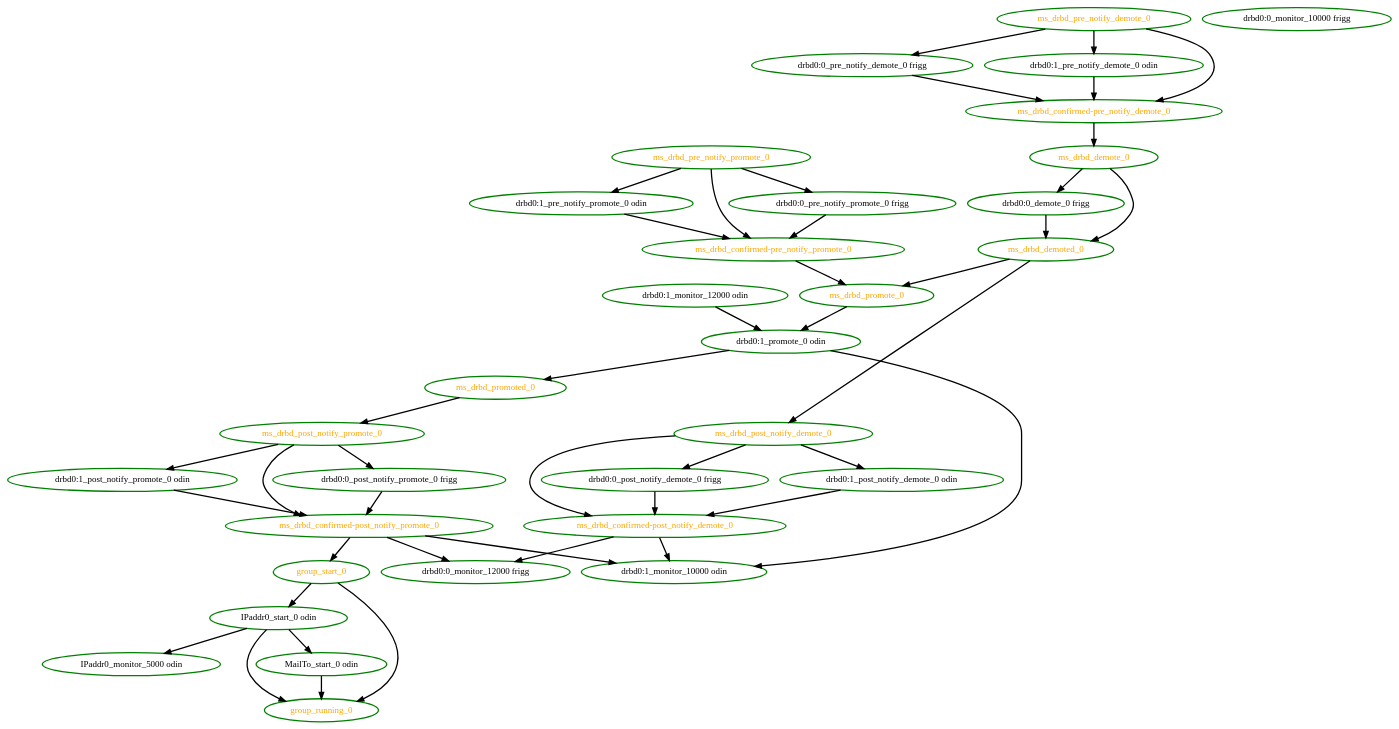
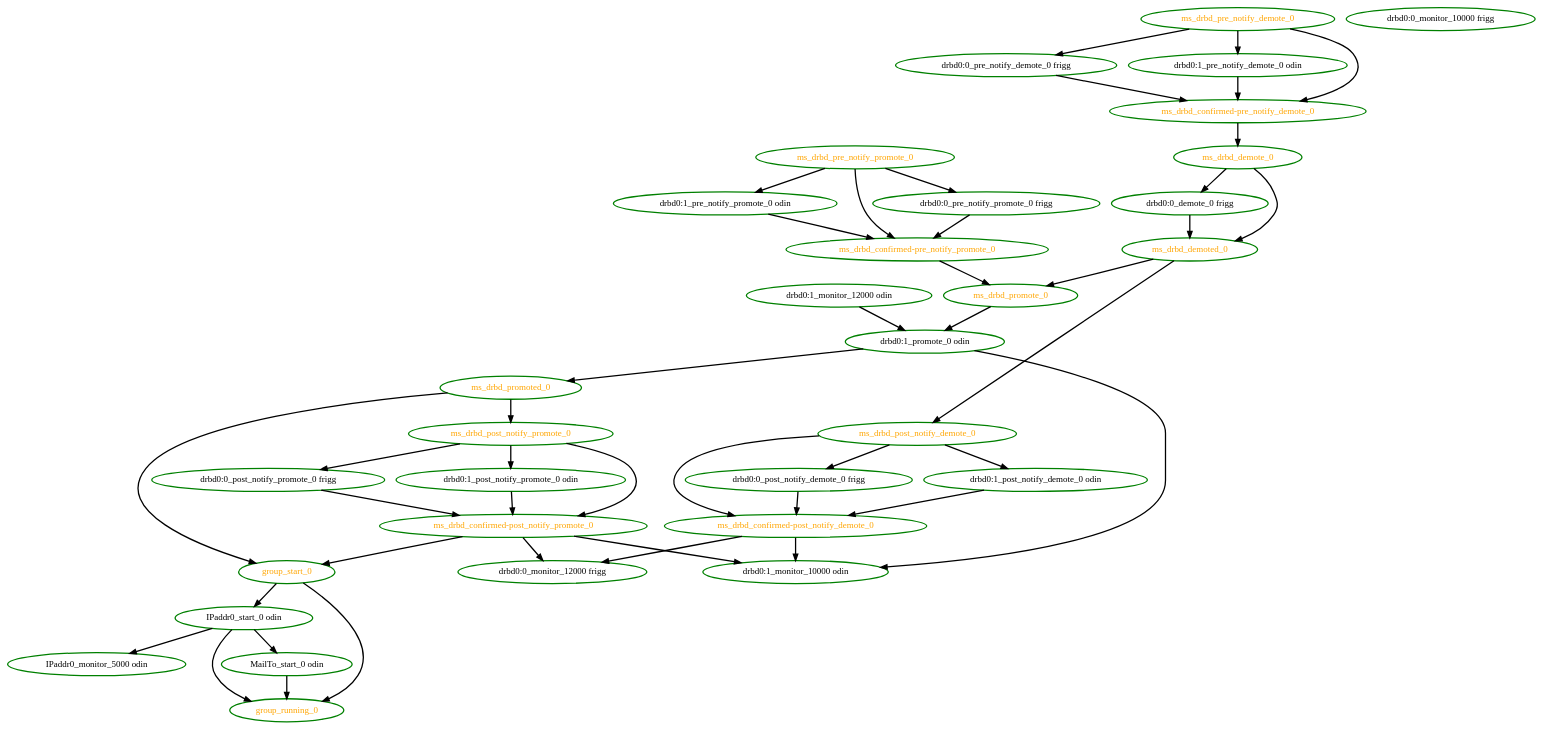
One commit to linux-ha-japan/pm_diskd changed the diagram in pengine/testcases/master-13.dot. Above: the diagram before and after it, drawn with Graphviz. The commit also changed 23 other files, not shown here.

```diff
--- a/pengine/testcases/master-13.dot
+++ b/pengine/testcases/master-13.dot
@@ -1,76 +1,77 @@
 digraph "g" {
 "IPaddr0_monitor_5000 odin" [ style=bold color="green" fontcolor="black"  ]
 "IPaddr0_start_0 odin" -> "IPaddr0_monitor_5000 odin" [ style = bold]
 "IPaddr0_start_0 odin" -> "MailTo_start_0 odin" [ style = bold]
 "IPaddr0_start_0 odin" -> "group_running_0" [ style = bold]
 "IPaddr0_start_0 odin" [ style=bold color="green" fontcolor="black"  ]
 "MailTo_start_0 odin" -> "group_running_0" [ style = bold]
 "MailTo_start_0 odin" [ style=bold color="green" fontcolor="black"  ]
 "drbd0:0_demote_0 frigg" -> "ms_drbd_demoted_0" [ style = bold]
 "drbd0:0_demote_0 frigg" [ style=bold color="green" fontcolor="black"  ]
 "drbd0:0_monitor_10000 frigg" [ style=bold color="green" fontcolor="black"  ]
 "drbd0:0_monitor_12000 frigg" [ style=bold color="green" fontcolor="black"  ]
 "drbd0:0_post_notify_demote_0 frigg" -> "ms_drbd_confirmed-post_notify_demote_0" [ style = bold]
 "drbd0:0_post_notify_demote_0 frigg" [ style=bold color="green" fontcolor="black"  ]
 "drbd0:0_post_notify_promote_0 frigg" -> "ms_drbd_confirmed-post_notify_promote_0" [ style = bold]
 "drbd0:0_post_notify_promote_0 frigg" [ style=bold color="green" fontcolor="black"  ]
 "drbd0:0_pre_notify_demote_0 frigg" -> "ms_drbd_confirmed-pre_notify_demote_0" [ style = bold]
 "drbd0:0_pre_notify_demote_0 frigg" [ style=bold color="green" fontcolor="black"  ]
 "drbd0:0_pre_notify_promote_0 frigg" -> "ms_drbd_confirmed-pre_notify_promote_0" [ style = bold]
 "drbd0:0_pre_notify_promote_0 frigg" [ style=bold color="green" fontcolor="black"  ]
 "drbd0:1_monitor_10000 odin" [ style=bold color="green" fontcolor="black"  ]
 "drbd0:1_monitor_12000 odin" -> "drbd0:1_promote_0 odin" [ style = bold]
 "drbd0:1_monitor_12000 odin" [ style=bold color="green" fontcolor="black"  ]
 "drbd0:1_post_notify_demote_0 odin" -> "ms_drbd_confirmed-post_notify_demote_0" [ style = bold]
 "drbd0:1_post_notify_demote_0 odin" [ style=bold color="green" fontcolor="black"  ]
 "drbd0:1_post_notify_promote_0 odin" -> "ms_drbd_confirmed-post_notify_promote_0" [ style = bold]
 "drbd0:1_post_notify_promote_0 odin" [ style=bold color="green" fontcolor="black"  ]
 "drbd0:1_pre_notify_demote_0 odin" -> "ms_drbd_confirmed-pre_notify_demote_0" [ style = bold]
 "drbd0:1_pre_notify_demote_0 odin" [ style=bold color="green" fontcolor="black"  ]
 "drbd0:1_pre_notify_promote_0 odin" -> "ms_drbd_confirmed-pre_notify_promote_0" [ style = bold]
 "drbd0:1_pre_notify_promote_0 odin" [ style=bold color="green" fontcolor="black"  ]
 "drbd0:1_promote_0 odin" -> "drbd0:1_monitor_10000 odin" [ style = bold]
 "drbd0:1_promote_0 odin" -> "ms_drbd_promoted_0" [ style = bold]
 "drbd0:1_promote_0 odin" [ style=bold color="green" fontcolor="black"  ]
 "group_running_0" [ style=bold color="green" fontcolor="orange"  ]
 "group_start_0" -> "IPaddr0_start_0 odin" [ style = bold]
 "group_start_0" -> "group_running_0" [ style = bold]
 "group_start_0" [ style=bold color="green" fontcolor="orange"  ]
 "ms_drbd_confirmed-post_notify_demote_0" -> "drbd0:0_monitor_12000 frigg" [ style = bold]
 "ms_drbd_confirmed-post_notify_demote_0" -> "drbd0:1_monitor_10000 odin" [ style = bold]
 "ms_drbd_confirmed-post_notify_demote_0" [ style=bold color="green" fontcolor="orange"  ]
 "ms_drbd_confirmed-post_notify_promote_0" -> "drbd0:0_monitor_12000 frigg" [ style = bold]
 "ms_drbd_confirmed-post_notify_promote_0" -> "drbd0:1_monitor_10000 odin" [ style = bold]
 "ms_drbd_confirmed-post_notify_promote_0" -> "group_start_0" [ style = bold]
 "ms_drbd_confirmed-post_notify_promote_0" [ style=bold color="green" fontcolor="orange"  ]
 "ms_drbd_confirmed-pre_notify_demote_0" -> "ms_drbd_demote_0" [ style = bold]
 "ms_drbd_confirmed-pre_notify_demote_0" [ style=bold color="green" fontcolor="orange"  ]
 "ms_drbd_confirmed-pre_notify_promote_0" -> "ms_drbd_promote_0" [ style = bold]
 "ms_drbd_confirmed-pre_notify_promote_0" [ style=bold color="green" fontcolor="orange"  ]
 "ms_drbd_demote_0" -> "drbd0:0_demote_0 frigg" [ style = bold]
 "ms_drbd_demote_0" -> "ms_drbd_demoted_0" [ style = bold]
 "ms_drbd_demote_0" [ style=bold color="green" fontcolor="orange"  ]
 "ms_drbd_demoted_0" -> "ms_drbd_post_notify_demote_0" [ style = bold]
 "ms_drbd_demoted_0" -> "ms_drbd_promote_0" [ style = bold]
 "ms_drbd_demoted_0" [ style=bold color="green" fontcolor="orange"  ]
 "ms_drbd_post_notify_demote_0" -> "drbd0:0_post_notify_demote_0 frigg" [ style = bold]
 "ms_drbd_post_notify_demote_0" -> "drbd0:1_post_notify_demote_0 odin" [ style = bold]
 "ms_drbd_post_notify_demote_0" -> "ms_drbd_confirmed-post_notify_demote_0" [ style = bold]
 "ms_drbd_post_notify_demote_0" [ style=bold color="green" fontcolor="orange"  ]
 "ms_drbd_post_notify_promote_0" -> "drbd0:0_post_notify_promote_0 frigg" [ style = bold]
 "ms_drbd_post_notify_promote_0" -> "drbd0:1_post_notify_promote_0 odin" [ style = bold]
 "ms_drbd_post_notify_promote_0" -> "ms_drbd_confirmed-post_notify_promote_0" [ style = bold]
 "ms_drbd_post_notify_promote_0" [ style=bold color="green" fontcolor="orange"  ]
 "ms_drbd_pre_notify_demote_0" -> "drbd0:0_pre_notify_demote_0 frigg" [ style = bold]
 "ms_drbd_pre_notify_demote_0" -> "drbd0:1_pre_notify_demote_0 odin" [ style = bold]
 "ms_drbd_pre_notify_demote_0" -> "ms_drbd_confirmed-pre_notify_demote_0" [ style = bold]
 "ms_drbd_pre_notify_demote_0" [ style=bold color="green" fontcolor="orange"  ]
 "ms_drbd_pre_notify_promote_0" -> "drbd0:0_pre_notify_promote_0 frigg" [ style = bold]
 "ms_drbd_pre_notify_promote_0" -> "drbd0:1_pre_notify_promote_0 odin" [ style = bold]
 "ms_drbd_pre_notify_promote_0" -> "ms_drbd_confirmed-pre_notify_promote_0" [ style = bold]
 "ms_drbd_pre_notify_promote_0" [ style=bold color="green" fontcolor="orange"  ]
 "ms_drbd_promote_0" -> "drbd0:1_promote_0 odin" [ style = bold]
 "ms_drbd_promote_0" [ style=bold color="green" fontcolor="orange"  ]
+"ms_drbd_promoted_0" -> "group_start_0" [ style = bold]
 "ms_drbd_promoted_0" -> "ms_drbd_post_notify_promote_0" [ style = bold]
 "ms_drbd_promoted_0" [ style=bold color="green" fontcolor="orange"  ]
 }
```
